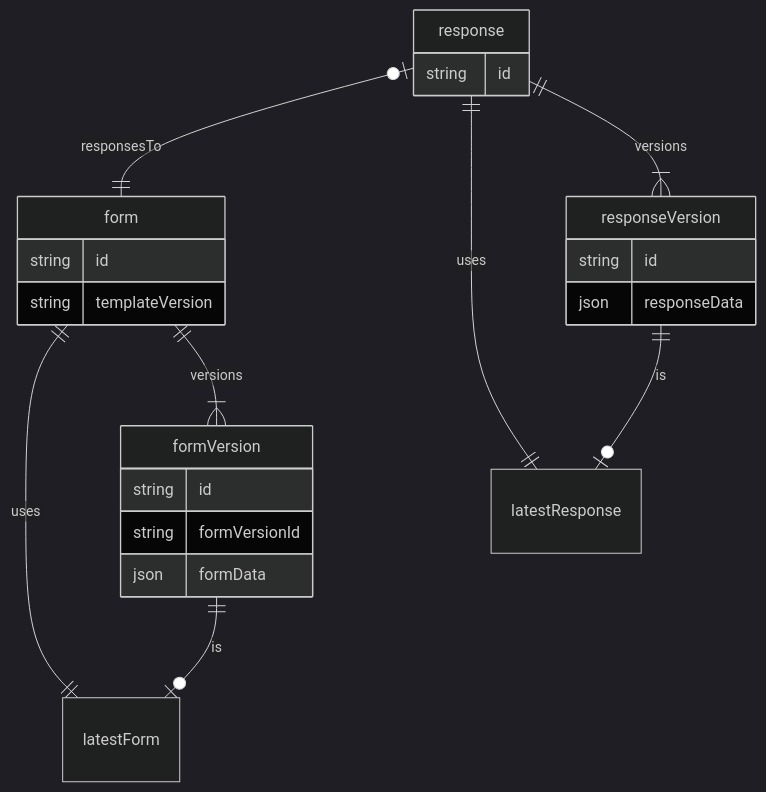
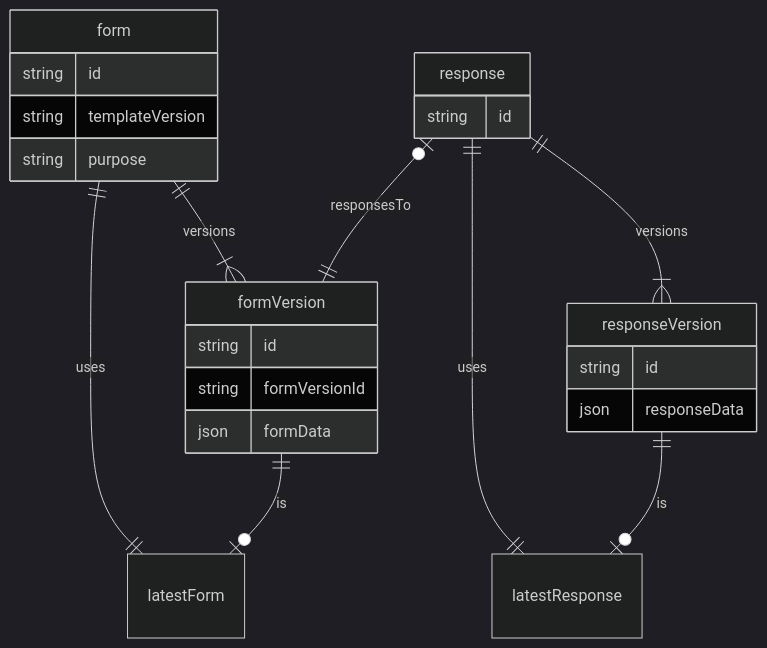
The third of 3 diagrams in docs/design/custom-form.md (KonomiAI/Chronicle), drawn with Mermaid (dark theme) before and after one commit. The commit also changed other lines of this file and 3 other files, not shown here.

````diff
--- a/docs/design/custom-form.md
+++ b/docs/design/custom-form.md
@@ -101,26 +110,27 @@
 ```mermaid
 erDiagram
   form ||--|| latestForm  : uses
   form ||--|{ formVersion : versions
   form {
     string id
     string templateVersion
+    string purpose
   }
   formVersion ||--o| latestForm : is
   formVersion {
     string id
     string formVersionId
     json formData
   }
-  response |o--|| form : responsesTo
+  response |o--|| formVersion : responsesTo
   response ||--|| latestResponse : uses
   response ||--|{ responseVersion : versions
   response {
     string id
   }
   responseVersion ||--o| latestResponse : is
   responseVersion {
     string id
     json responseData
   }
 ```
````
